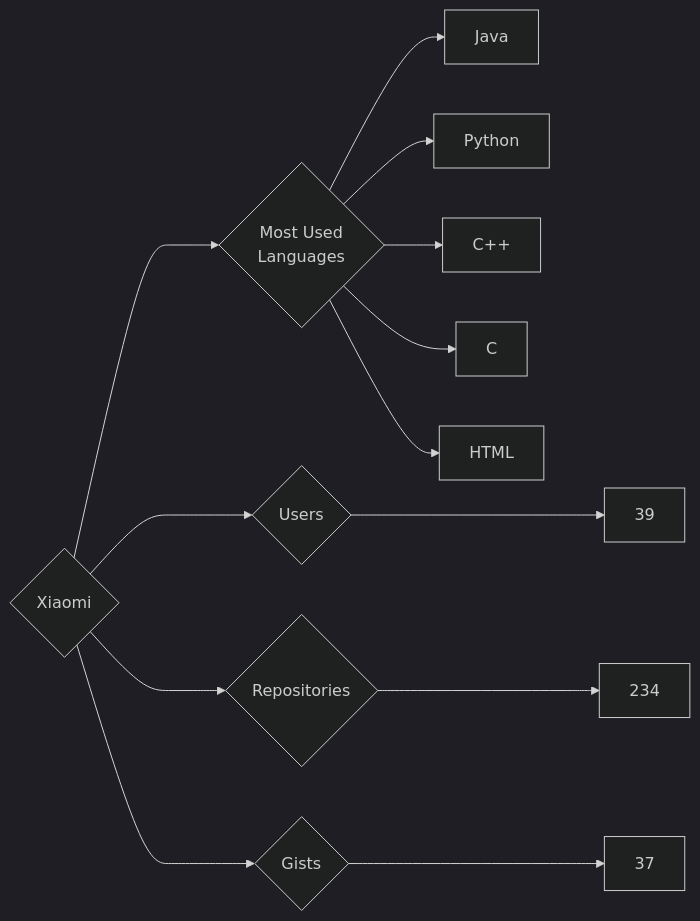
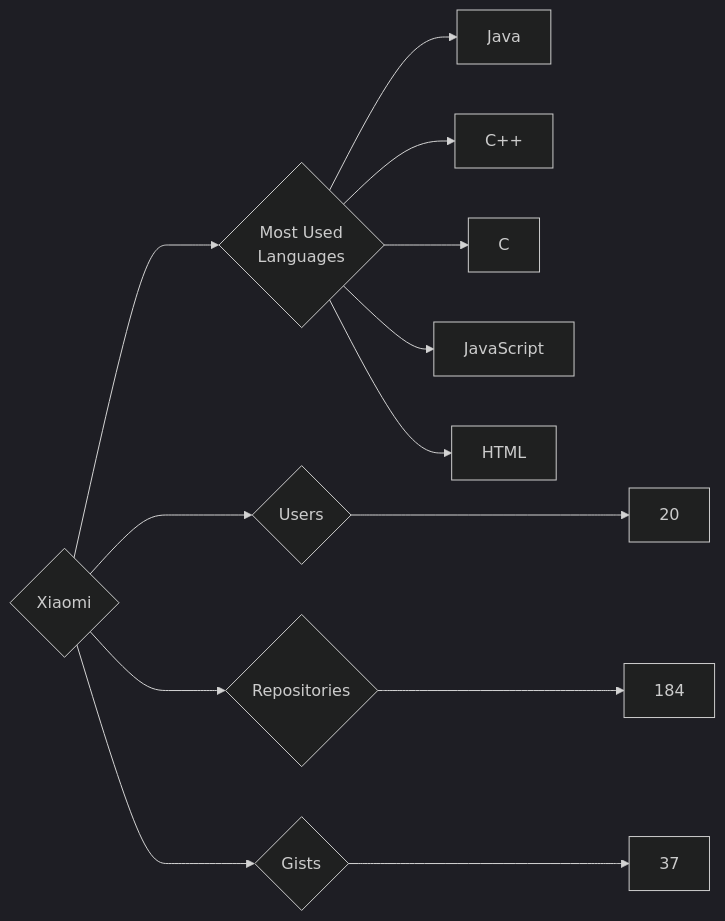
The diagram in targets/Xiaomi/README.md (trickest/insiders), drawn with Mermaid (dark theme) before and after one commit. The commit also changed 970 other files, not shown here.

````diff
--- a/targets/Xiaomi/README.md
+++ b/targets/Xiaomi/README.md
@@ -3,13 +3,13 @@
 ```mermaid
 graph LR
 COMPANY_NAME{Xiaomi}
-COMPANY_NAME ---> U{Users} ---> UN[39]
-COMPANY_NAME ---> R{Repositories} ---> RN[234]
+COMPANY_NAME ---> U{Users} ---> UN[20]
+COMPANY_NAME ---> R{Repositories} ---> RN[184]
 COMPANY_NAME ---> G{Gists} ---> GN[37]
 COMPANY_NAME ---> ML{Most Used<br>Languages}
 ML --> Java[Java]
-ML --> Python[Python]
 ML --> C++[C++]
 ML --> C[C]
+ML --> JavaScript[JavaScript]
 ML --> HTML[HTML]
 ```
````
